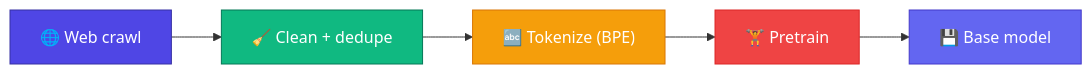
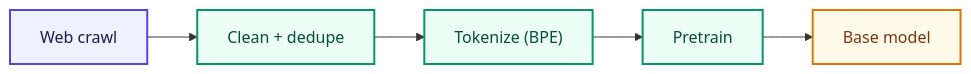
The second of 3 diagrams in content/docs/part-10-bridge/02-whats-next.mdx (bhNibir/build-own-llm), drawn with Mermaid before and after one commit. The commit also changed other lines of this file and 77 other files, not shown here.

````diff
--- a/content/docs/part-10-bridge/02-whats-next.mdx
+++ b/content/docs/part-10-bridge/02-whats-next.mdx
@@ -46,12 +46,10 @@
 ```mermaid
 flowchart LR
-    A["🌐 Web crawl"]:::data --> B["🧹 Clean + dedupe"]:::clean
-    B --> C["🔤 Tokenize (BPE)"]:::tok
-    C --> D["🏋️ Pretrain"]:::train
-    D --> E["💾 Base model"]:::base
-    classDef data fill:#4F46E5,color:#fff,stroke:#3730A3
-    classDef clean fill:#10B981,color:#fff,stroke:#047857
-    classDef tok fill:#F59E0B,color:#fff,stroke:#D97706
-    classDef train fill:#EF4444,color:#fff,stroke:#DC2626
-    classDef base fill:#6366F1,color:#fff,stroke:#4338CA
+    A["Web crawl"]:::input --> B["Clean + dedupe"]:::process
+    B --> C["Tokenize (BPE)"]:::process
+    C --> D["Pretrain"]:::process
+    D --> E["Base model"]:::output
+    classDef input fill:#EEF2FF,color:#1E1B4B,stroke:#4F46E5,stroke-width:2px
+    classDef process fill:#ECFDF5,color:#064E3B,stroke:#059669,stroke-width:2px
+    classDef output fill:#FFFBEB,color:#78350F,stroke:#D97706,stroke-width:2px
 ```
````
